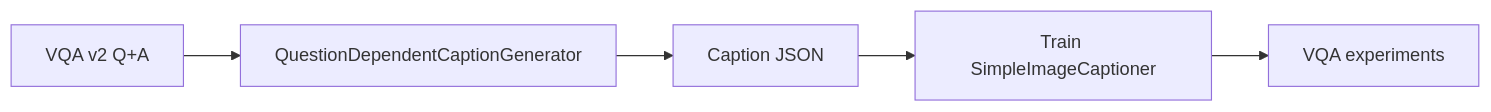
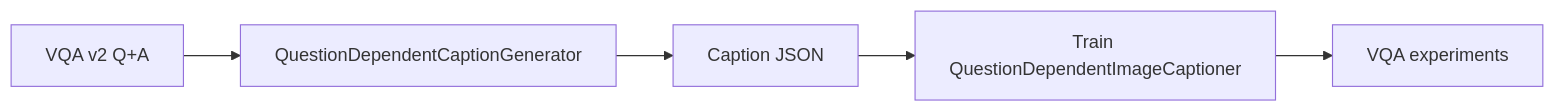
Before and after one commit to MahdiRuzmeh/ImageCaptioningImprovedVisualQuestionAnswering: the first of 6 diagrams in QuestionDependentCaptionGenerator/architecture/architecture.fa-en.md, drawn with Mermaid. The commit also changed 27 other files, not shown here.

Commit message:
feat: Implement question dependent img captioner model.

````diff
--- a/QuestionDependentCaptionGenerator/architecture/architecture.fa-en.md
+++ b/QuestionDependentCaptionGenerator/architecture/architecture.fa-en.md
@@ -21,7 +21,7 @@
 ```mermaid
 flowchart LR
   VQA[VQA v2 Q+A] --> Gen[QuestionDependentCaptionGenerator]
   Gen --> Caps[Caption JSON]
-  Caps --> CapTrain[Train SimpleImageCaptioner]
+  Caps --> CapTrain[Train QuestionDependentImageCaptioner]
   CapTrain --> Downstream[VQA experiments]
 ```
````
